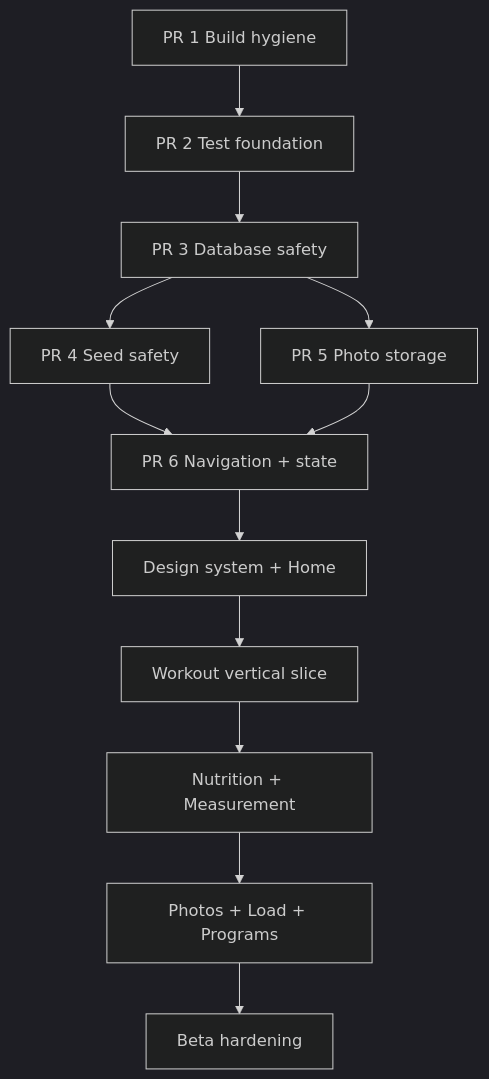
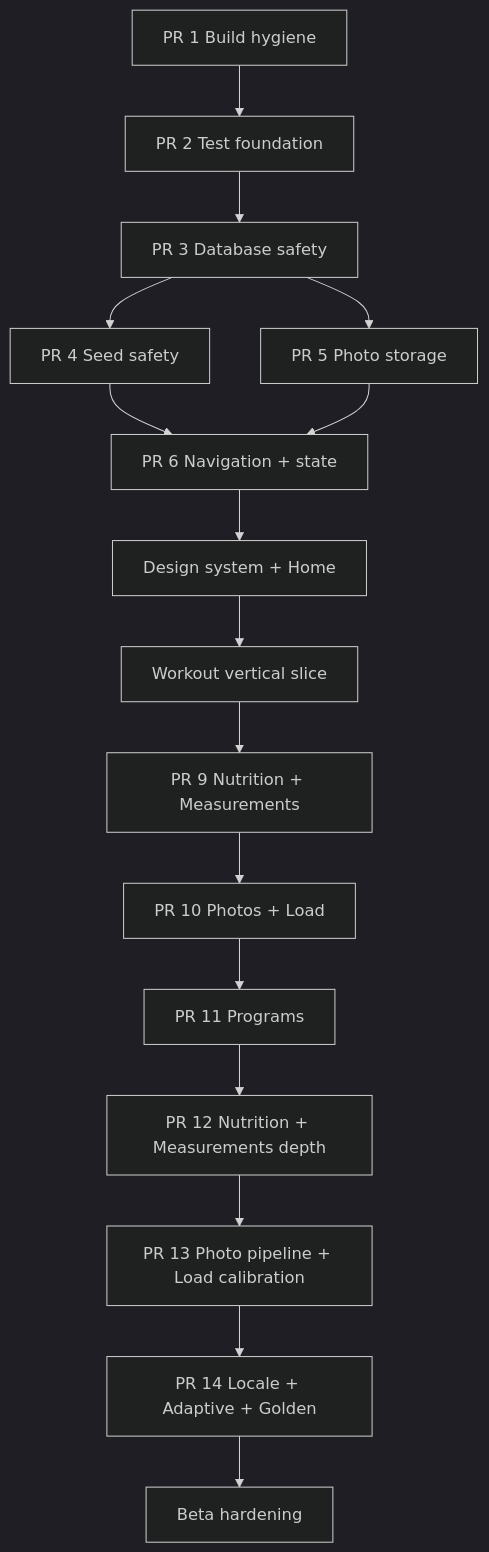
Before and after one commit to MehmetKucukOfficial/GymTracker: the diagram in docs/obsidian/roadmap/ROADMAP_EXECUTION_GRAPH.md, drawn with Mermaid (dark theme). The commit also changed other lines of this file and 9 other files, not shown here.

Commit message:
Update graph for adaptive locale baseline

````diff
--- a/docs/obsidian/roadmap/ROADMAP_EXECUTION_GRAPH.md
+++ b/docs/obsidian/roadmap/ROADMAP_EXECUTION_GRAPH.md
@@ -14,14 +14,18 @@
 ```mermaid
 flowchart TD
     PR1[PR 1 Build hygiene] --> PR2[PR 2 Test foundation]
     PR2 --> PR3[PR 3 Database safety]
     PR3 --> PR4[PR 4 Seed safety]
     PR3 --> PR5[PR 5 Photo storage]
     PR4 --> PR6[PR 6 Navigation + state]
     PR5 --> PR6
     PR6 --> UI[Design system + Home]
     UI --> WO[Workout vertical slice]
-    WO --> N[Nutrition + Measurement]
-    N --> P[Photos + Load + Programs]
-    P --> B[Beta hardening]
+    WO --> N[PR 9 Nutrition + Measurements]
+    N --> P[PR 10 Photos + Load]
+    P --> PG[PR 11 Programs]
+    PG --> ND[PR 12 Nutrition + Measurements depth]
+    ND --> PC[PR 13 Photo pipeline + Load calibration]
+    PC --> AL[PR 14 Locale + Adaptive + Golden]
+    AL --> B[Beta hardening]
 ```
````
